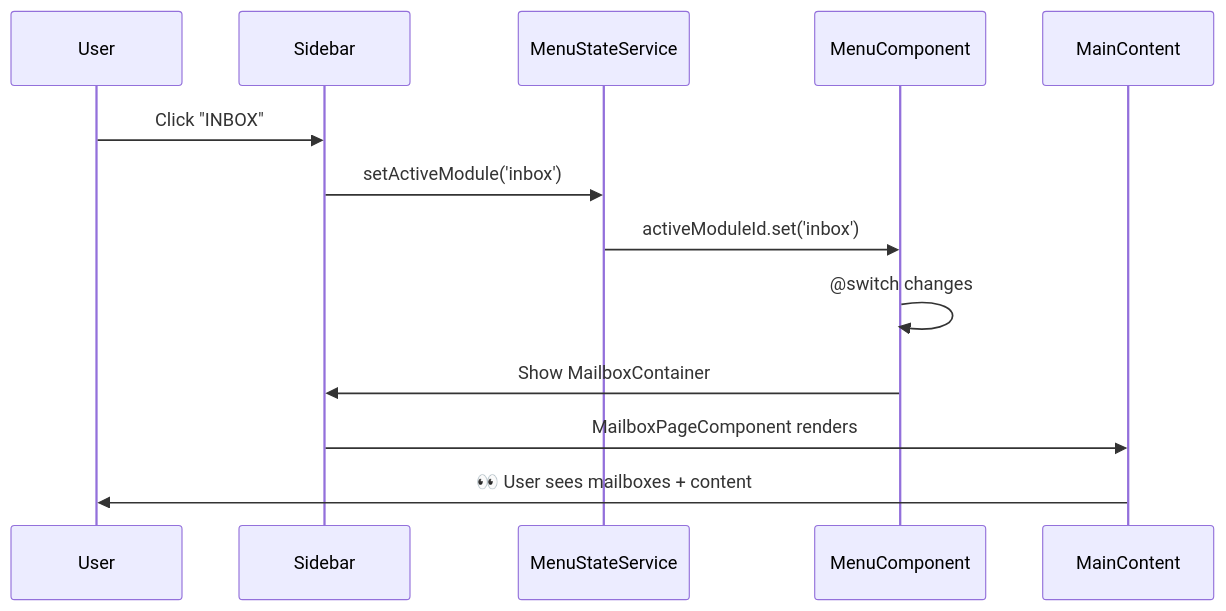
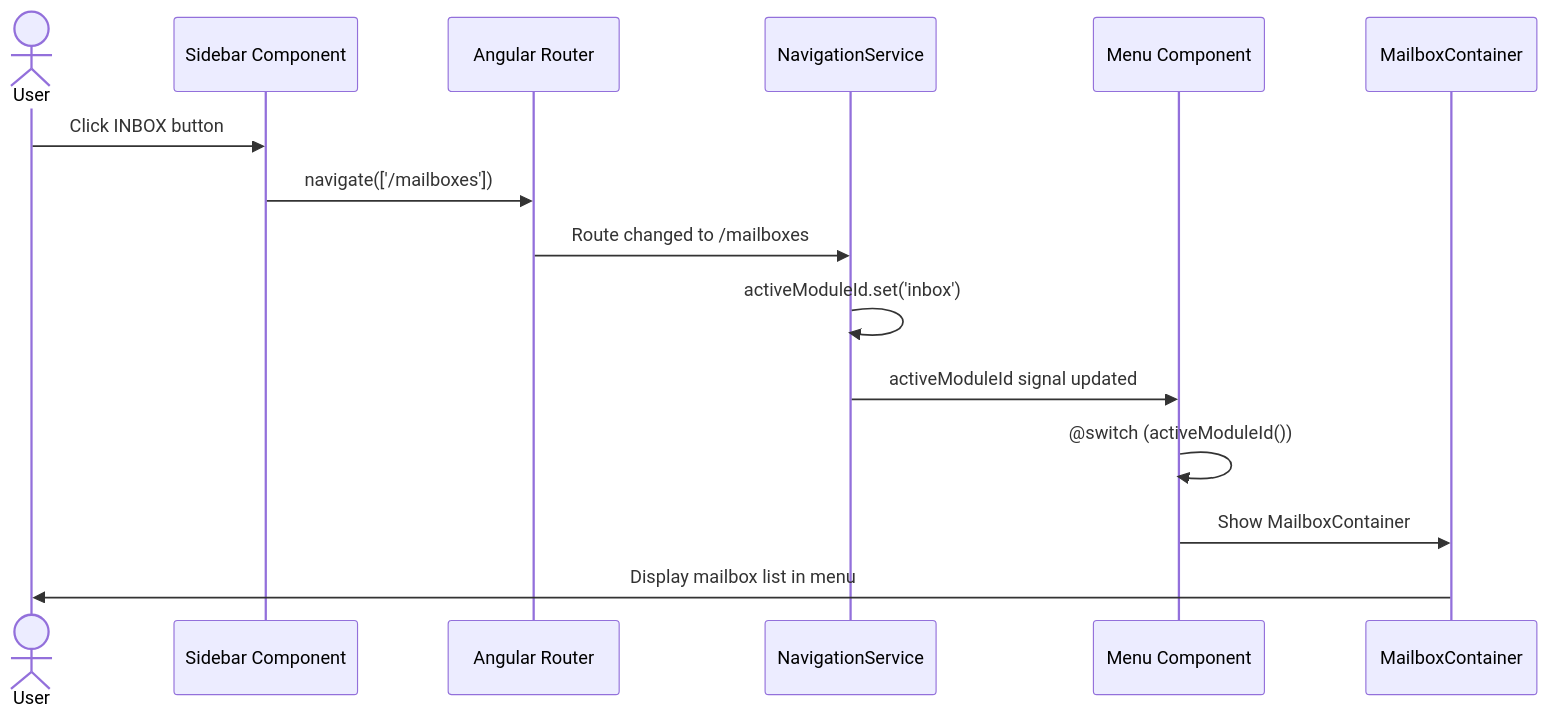
The third of 21 diagrams in ad.md (wiko-os/kl), drawn with Mermaid before and after one commit. The commit also changed other lines of this file, not shown here.

Commit message:
Refactor feature workflow diagrams and descriptions

````diff
--- a/ad.md
+++ b/ad.md
@@ -55,16 +55,18 @@
 ```mermaid
 sequenceDiagram
-    participant User
-    participant Sidebar
-    participant MenuStateService
-    participant MenuComponent
-    participant MainContent
+    actor User
+    participant Sidebar as Sidebar Component
+    participant Router as Angular Router
+    participant NavService as NavigationService
+    participant MenuComponent as Menu Component
+    participant Container as MailboxContainer
     
-    User->>Sidebar: Click "INBOX"
-    Sidebar->>MenuStateService: setActiveModule('inbox')
-    MenuStateService->>MenuComponent: activeModuleId.set('inbox')
-    MenuComponent->>MenuComponent: @switch changes
-    MenuComponent->>Sidebar: Show MailboxContainer
-    Sidebar->>MainContent: MailboxPageComponent renders
-    MainContent->>User: 👀 User sees mailboxes + content
+    User->>Sidebar: Click INBOX button
+    Sidebar->>Router: navigate(['/mailboxes'])
+    Router->>NavService: Route changed to /mailboxes
+    NavService->>NavService: activeModuleId.set('inbox')
+    NavService->>MenuComponent: activeModuleId signal updated
+    MenuComponent->>MenuComponent: @switch (activeModuleId())
+    MenuComponent->>Container: Show MailboxContainer
+    Container->>User: Display mailbox list in menu
 ```
````
